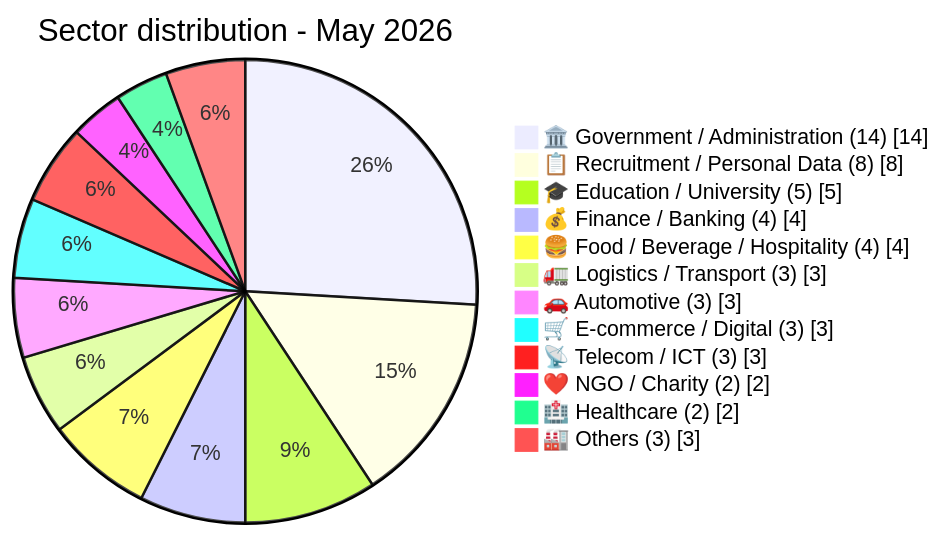
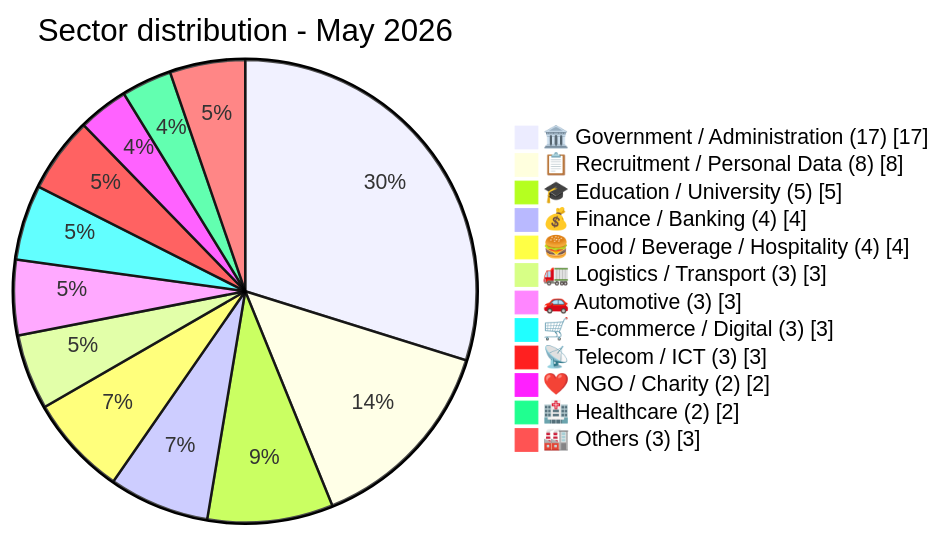
Before and after one commit to Hatchepsoute/AFRINTEL: the diagram in visual-intelligence/05-may/sector-map_may_2026.md, drawn with Mermaid. The commit also changed other lines of this file and 28 other files, not shown here.

````diff
--- a/visual-intelligence/05-may/sector-map_may_2026.md
+++ b/visual-intelligence/05-may/sector-map_may_2026.md
@@ -4,16 +4,16 @@
 ```mermaid
 pie showData
     title Sector distribution - May 2026
-    "🏛️ Government / Administration (14)" : 14
+    "🏛️ Government / Administration (17)" : 17
     "📋 Recruitment / Personal Data (8)" : 8
     "🎓 Education / University (5)" : 5
     "💰 Finance / Banking (4)" : 4
     "🍔 Food / Beverage / Hospitality (4)" : 4
     "🚛 Logistics / Transport (3)" : 3
     "🚗 Automotive (3)" : 3
     "🛒 E-commerce / Digital (3)" : 3
     "📡 Telecom / ICT (3)" : 3
     "❤️ NGO / Charity (2)" : 2
     "🏥 Healthcare (2)" : 2
     "🏭 Others (3)" : 3
 ```
````
